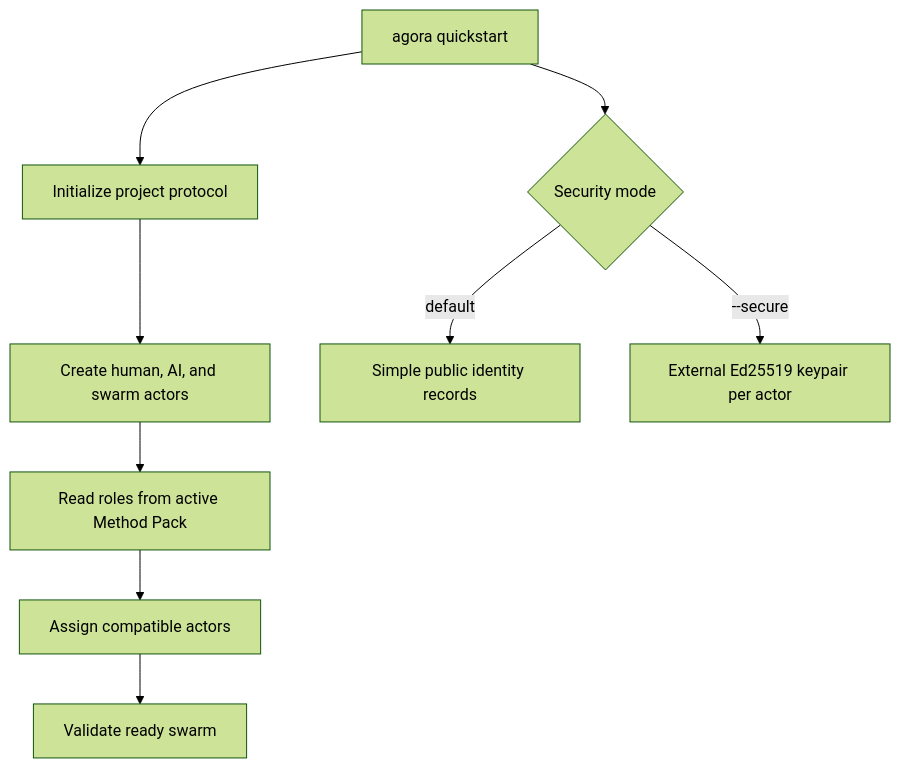
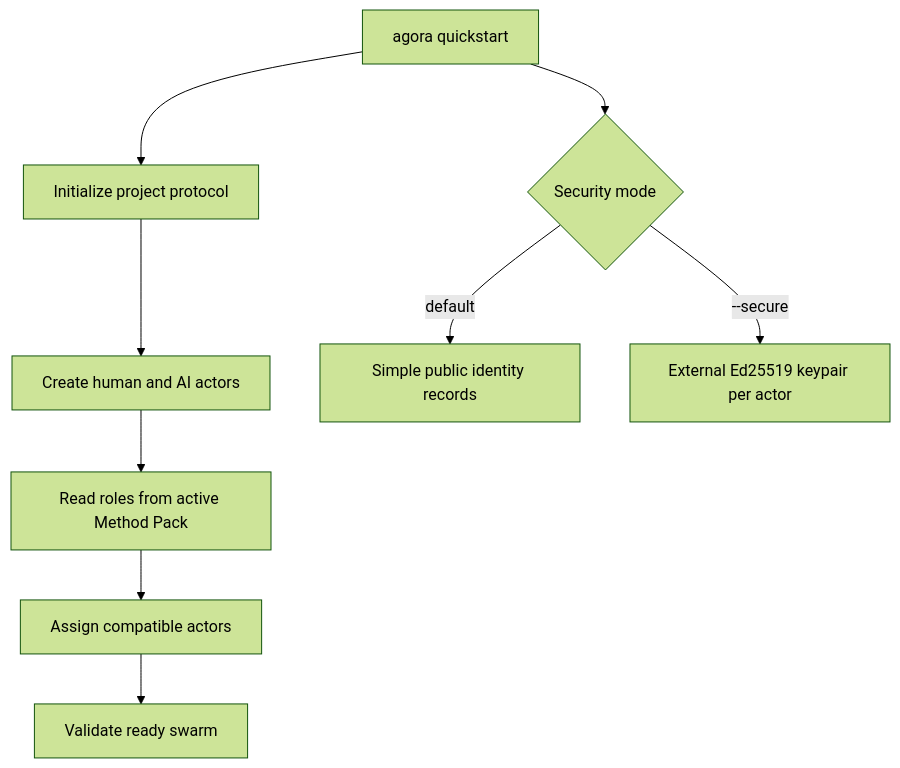
Before and after one commit to Modern-Ash/agora: the first of 2 diagrams in docs/guides/quickstart.md, drawn with Mermaid (forest theme). The commit also changed other lines of this file and 24 other files, not shown here.

````diff
--- a/docs/guides/quickstart.md
+++ b/docs/guides/quickstart.md
@@ -7,11 +7,11 @@
 ```mermaid
 flowchart TD
     Q[agora quickstart] --> I[Initialize project protocol]
-    I --> A[Create human, AI, and swarm actors]
+    I --> A[Create human and AI actors]
     A --> R[Read roles from active Method Pack]
     R --> S[Assign compatible actors]
     S --> V[Validate ready swarm]
     Q --> M{Security mode}
     M -->|default| P[Simple public identity records]
     M -->|--secure| K[External Ed25519 keypair per actor]
 ```
````
